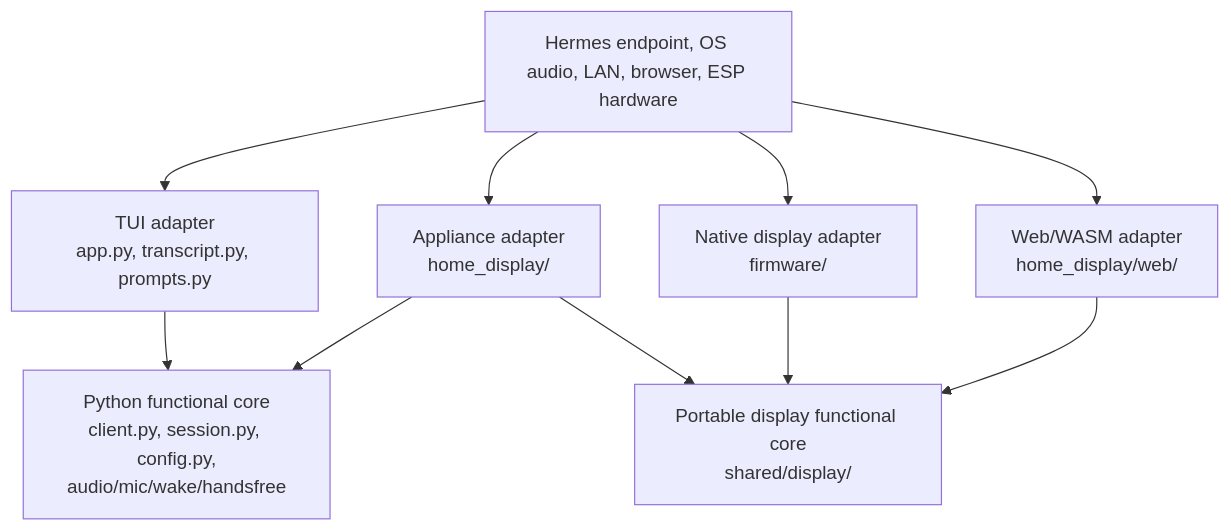
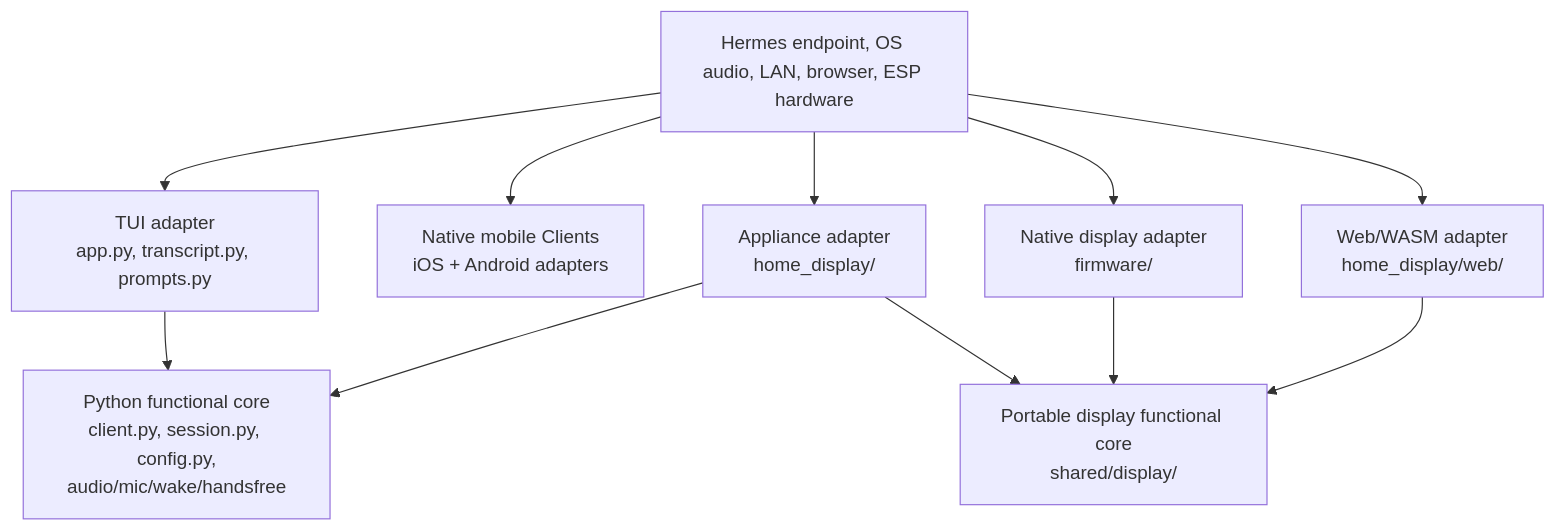
One commit to achappell/hermes-relay-tui changed the first of 2 diagrams in _bmad-output/planning-artifacts/architecture/architecture-hermes-relay-tui-2026-09-08/ARCHITECTURE-SPINE.md. Above: the diagram before and after it, drawn with Mermaid. The commit also changed other lines of this file and 9 other files, not shown here.

```diff
--- a/_bmad-output/planning-artifacts/architecture/architecture-hermes-relay-tui-2026-09-08/ARCHITECTURE-SPINE.md
+++ b/_bmad-output/planning-artifacts/architecture/architecture-hermes-relay-tui-2026-09-08/ARCHITECTURE-SPINE.md
@@ -48,20 +52,22 @@
 ~~~mermaid
 flowchart TB
     providers["Hermes endpoint, OS audio, LAN, browser, ESP hardware"]
     tui["TUI adapter<br/>app.py, transcript.py, prompts.py"]
+    mobile["Native mobile Clients<br/>iOS + Android adapters"]
     appliance["Appliance adapter<br/>home_display/"]
     native["Native display adapter<br/>firmware/"]
     web["Web/WASM adapter<br/>home_display/web/"]
     pycore["Python functional core<br/>client.py, session.py, config.py,<br/>audio/mic/wake/handsfree"]
     ccore["Portable display functional core<br/>shared/display/"]
 
     providers --> tui
+    providers --> mobile
     providers --> appliance
     providers --> native
     providers --> web
     tui --> pycore
     appliance --> pycore
     appliance --> ccore
     native --> ccore
     web --> ccore
 ~~~
```
